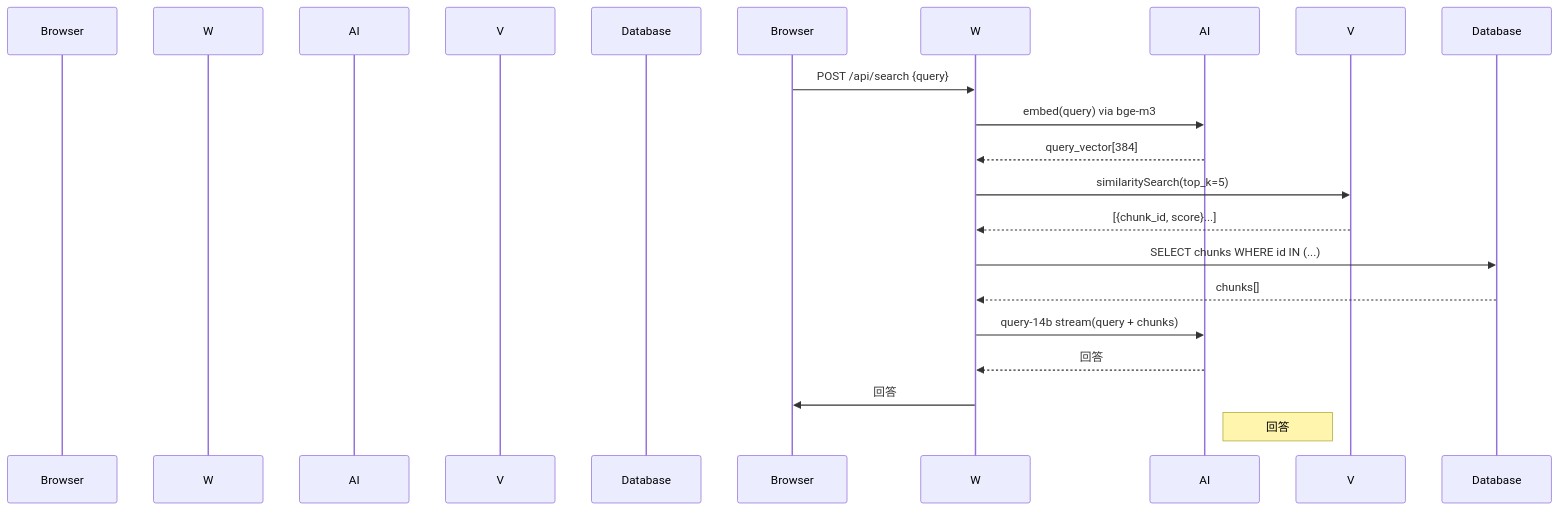
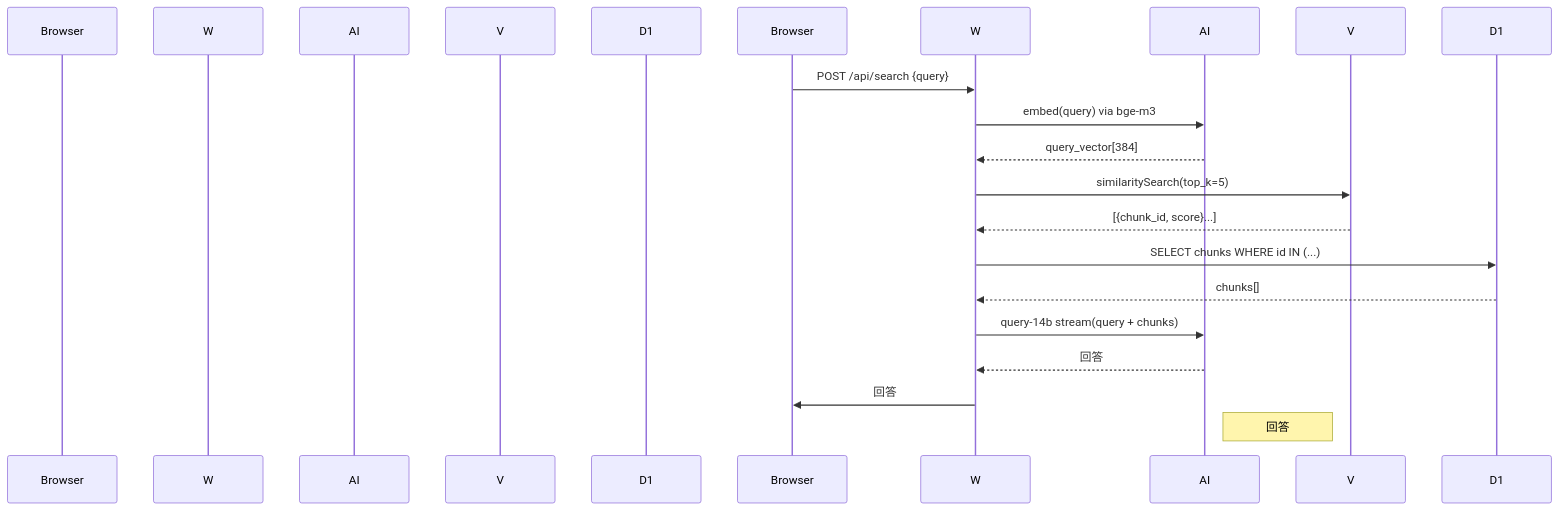
Before and after one commit to a920604a/engineernews: the second of 2 diagrams in src/content/posts/tech/2026-04-20-this-blog-tooling.md, drawn with Mermaid. The commit also changed 3 other files, not shown here.

Commit message:
fix: auto-fix mermaid syntax errors in posts

````diff
--- a/src/content/posts/tech/2026-04-20-this-blog-tooling.md
+++ b/src/content/posts/tech/2026-04-20-this-blog-tooling.md
@@ -132,19 +132,19 @@
 ```mermaid
 sequenceDiagram
   participant "瀏覽器" as Browser
   participant "Worker" as W
   participant "WorkersAI" as AI
   participant "Vectorize" as V
-  participant "D1" as Database
+  participant "Database" as D1
   Browser->>W: POST /api/search {query}
   W->>AI: embed(query) via bge-m3
   AI-->>W: query_vector[384]
   W->>V: similaritySearch(top_k=5)
   V-->>W: [{chunk_id, score}...]
-  W->>Database: SELECT chunks WHERE id IN (...)
-  Database-->>W: chunks[]
+  W->>D1: SELECT chunks WHERE id IN (...)
+  D1-->>W: chunks[]
   W->>AI: query-14b stream(query + chunks)
   AI-->>W: 回答
   W->>Browser: 回答
   note right of AI: 回答
 ```
````
